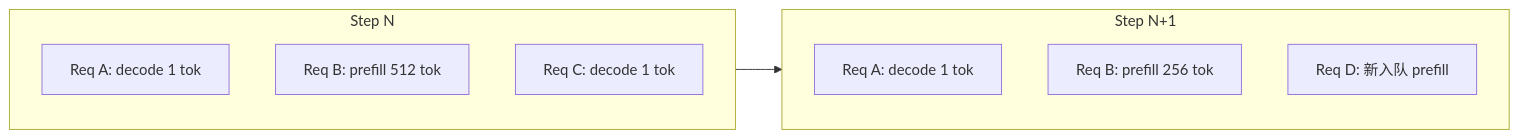
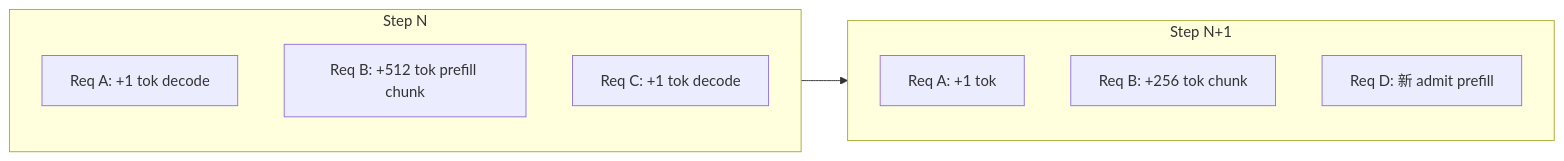
The diagram in 03-推理部署/vllmDoc/04-scheduler-batch.md (chenpan459/largeModels), drawn with Mermaid before and after one commit. The commit also changed other lines of this file and 44 other files, not shown here.

````diff
--- a/03-推理部署/vllmDoc/04-scheduler-batch.md
+++ b/03-推理部署/vllmDoc/04-scheduler-batch.md
@@ -45,14 +121,14 @@
 ```mermaid
 flowchart LR
     subgraph StepN["Step N"]
-        R1[Req A: decode 1 tok]
-        R2[Req B: prefill 512 tok]
-        R3[Req C: decode 1 tok]
+        R1[Req A: +1 tok decode]
+        R2[Req B: +512 tok prefill chunk]
+        R3[Req C: +1 tok decode]
     end
     subgraph StepN1["Step N+1"]
-        R1b[Req A: decode 1 tok]
-        R2b[Req B: prefill 256 tok]
-        R4[Req D: 新入队 prefill]
+        R1b[Req A: +1 tok]
+        R2b[Req B: +256 tok chunk]
+        R4[Req D: 新 admit prefill]
     end
     StepN --> StepN1
 ```
````
